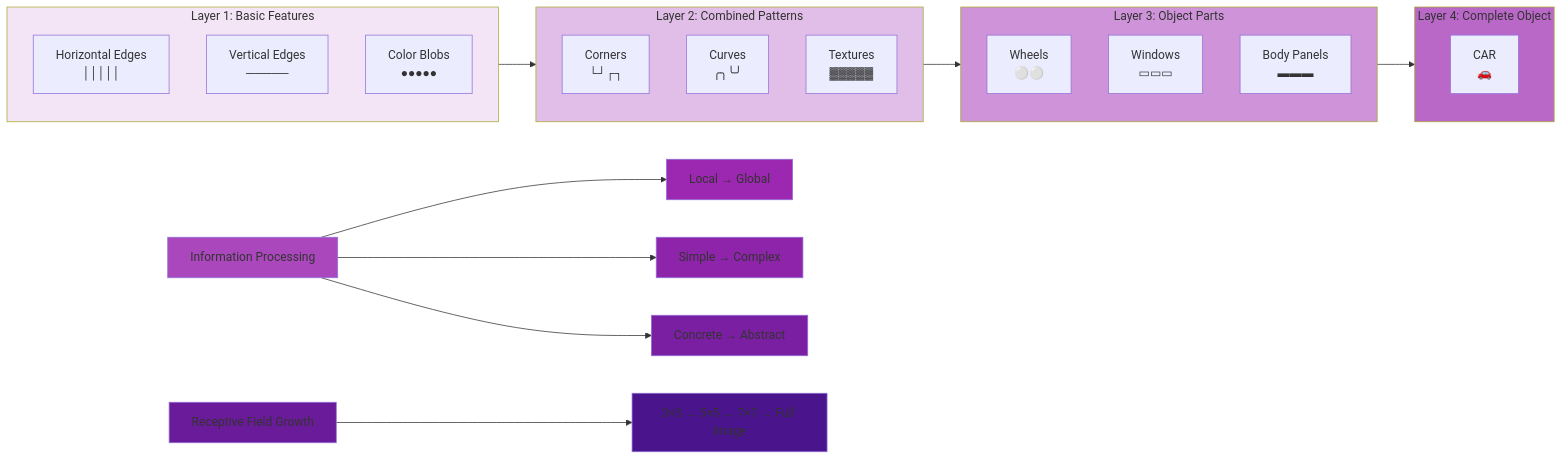
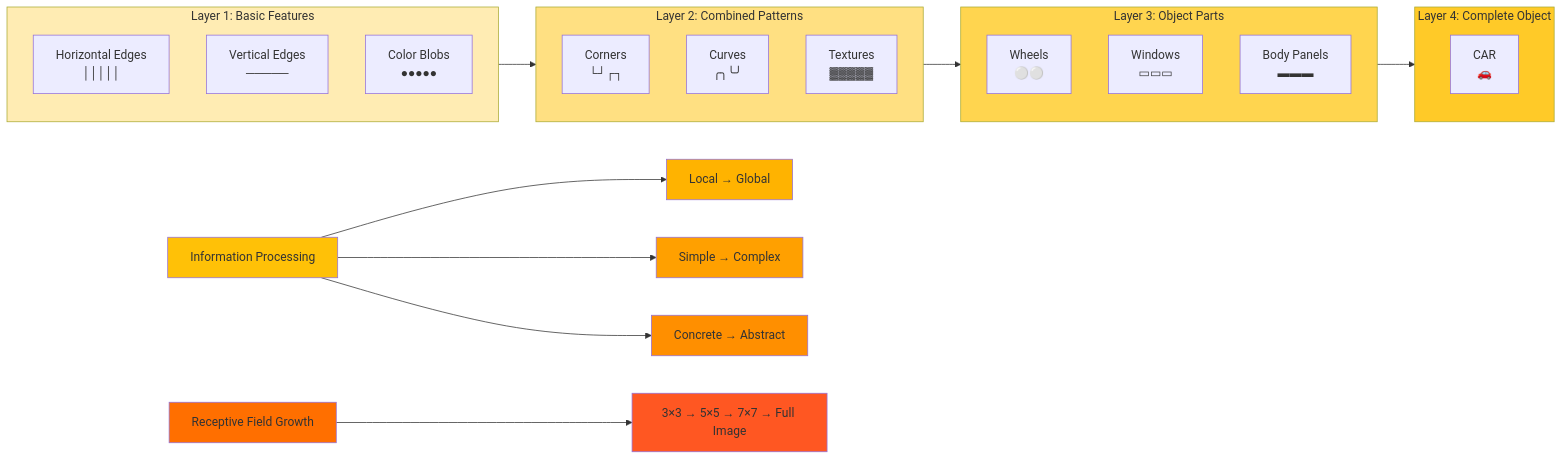
One commit to Chaklader/landmark-classification-cnn changed diagram 31 of 36 in C_1.md. Above: the diagram before and after it, drawn with Mermaid. The commit also changed other lines of this file, not shown here.

````diff
--- a/C_1.md
+++ b/C_1.md
@@ -5821,45 +5843,45 @@
 ```mermaid
 flowchart LR
     subgraph Layer1["Layer 1: Basic Features"]
         A1["Horizontal Edges<br>│││││"]
         A2["Vertical Edges<br>─────"]
         A3["Color Blobs<br>●●●●●"]
     end
 
     subgraph Layer2["Layer 2: Combined Patterns"]
         B1["Corners<br>└┘┌┐"]
         B2["Curves<br>╭╮╰╯"]
         B3["Textures<br>▓▓▓▓▓"]
     end
 
     subgraph Layer3["Layer 3: Object Parts"]
         C1["Wheels<br>⚪⚪"]
         C2["Windows<br>▭▭▭"]
         C3["Body Panels<br>▬▬▬"]
     end
 
     subgraph Layer4["Layer 4: Complete Object"]
         D1["CAR<br>🚗"]
     end
 
     Layer1 --> Layer2
     Layer2 --> Layer3
     Layer3 --> Layer4
 
     E["Information Processing"] --> F["Local → Global"]
     E --> G["Simple → Complex"]
     E --> H["Concrete → Abstract"]
 
     I["Receptive Field Growth"] --> J["3×3 → 5×5 → 7×7 → Full Image"]
 
-    style Layer1 fill:#F3E5F5
-    style Layer2 fill:#E1BEE7
-    style Layer3 fill:#CE93D8
-    style Layer4 fill:#BA68C8
-    style E fill:#AB47BC
-    style F fill:#9C27B0
-    style G fill:#8E24AA
-    style H fill:#7B1FA2
-    style I fill:#6A1B9A
-    style J fill:#4A148C
+    style Layer1 fill:#FFECB3
+    style Layer2 fill:#FFE082
+    style Layer3 fill:#FFD54F
+    style Layer4 fill:#FFCA28
+    style E fill:#FFC107
+    style F fill:#FFB300
+    style G fill:#FFA000
+    style H fill:#FF8F00
+    style I fill:#FF6F00
+    style J fill:#FF5722
 ```
````
